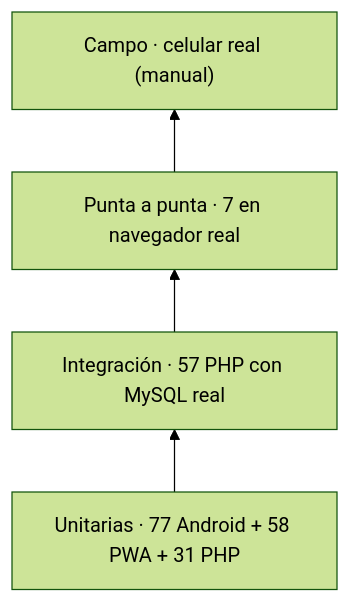
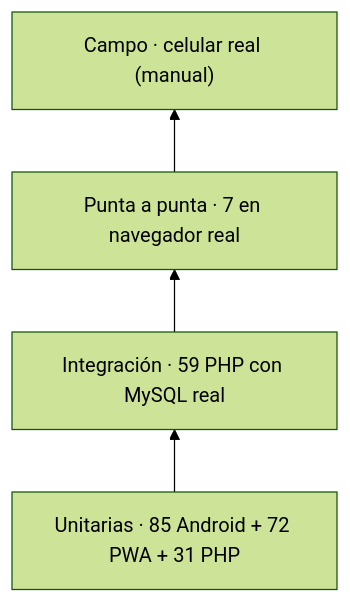
Before and after one commit to Manuel151025/proyecto_offline: the diagram in docs/PRUEBAS.md, drawn with Mermaid (forest theme). The commit also changed other lines of this file and 56 other files, not shown here.

````diff
--- a/docs/PRUEBAS.md
+++ b/docs/PRUEBAS.md
@@ -49,8 +50,8 @@
 ```mermaid
 flowchart BT
-    U["Unitarias · 77 Android + 58 PWA + 31 PHP"]
-    I["Integración · 57 PHP con MySQL real"]
+    U["Unitarias · 85 Android + 72 PWA + 31 PHP"]
+    I["Integración · 59 PHP con MySQL real"]
     E["Punta a punta · 7 en navegador real"]
     C["Campo · celular real (manual)"]
     U --> I --> E --> C
 ```
````
